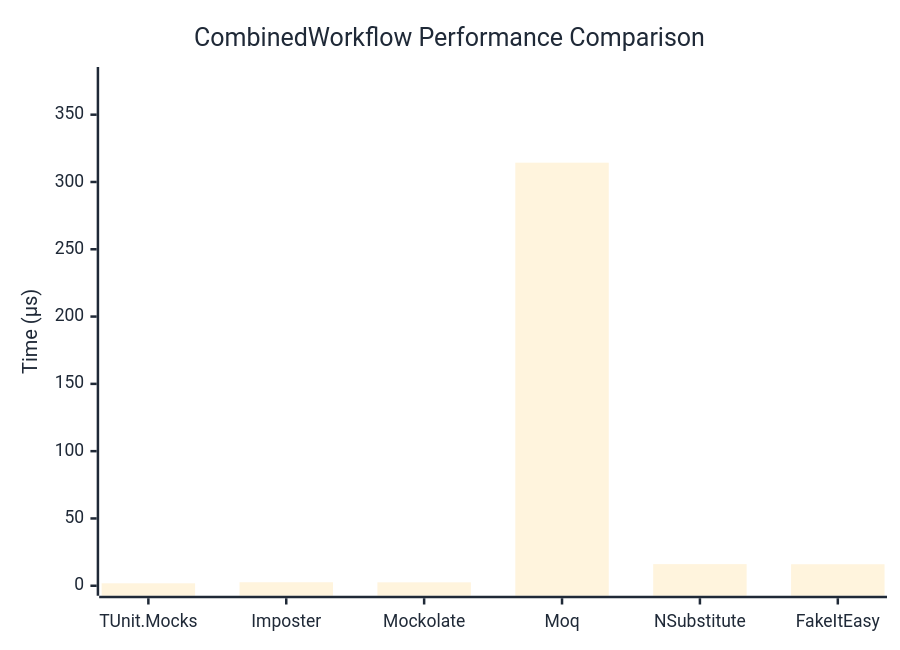
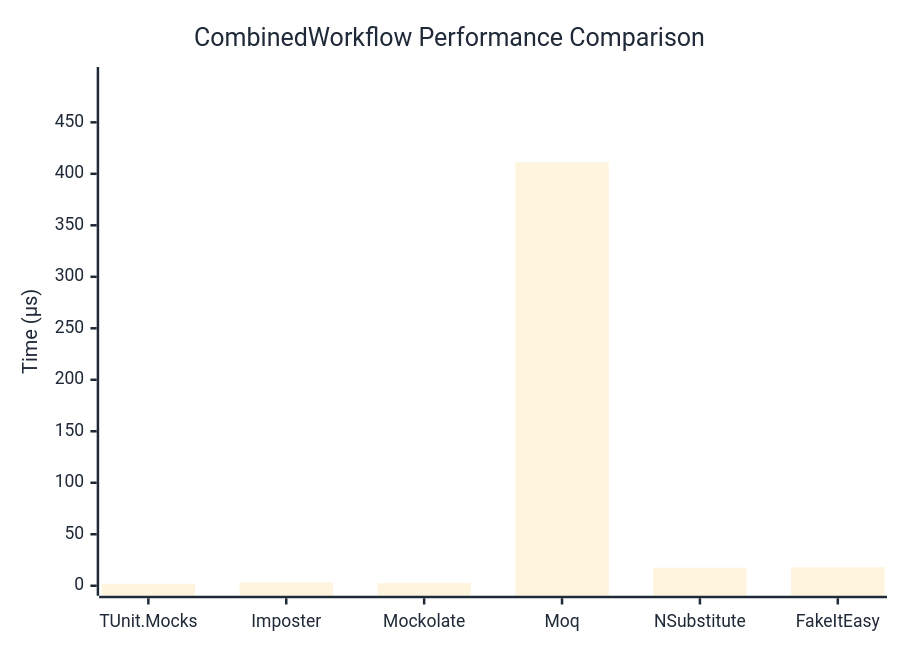
Before and after one commit to thomhurst/TUnit: the diagram in docs/docs/benchmarks/mocks/CombinedWorkflow.md, drawn with Mermaid. The commit also changed other lines of this file and 14 other files, not shown here.

````diff
--- a/docs/docs/benchmarks/mocks/CombinedWorkflow.md
+++ b/docs/docs/benchmarks/mocks/CombinedWorkflow.md
@@ -28,27 +28,27 @@
 ```mermaid
 %%{init: {
   'theme':'base',
   'themeVariables': {
     'primaryColor': '#2563eb',
     'primaryTextColor': '#1f2937',
     'primaryBorderColor': '#1e40af',
     'lineColor': '#6b7280',
     'secondaryColor': '#7c3aed',
     'tertiaryColor': '#dc2626',
     'background': '#ffffff',
     'pie1': '#2563eb',
     'pie2': '#7c3aed',
     'pie3': '#dc2626',
     'pie4': '#f59e0b',
     'pie5': '#10b981',
     'pie6': '#06b6d4',
     'pie7': '#ec4899',
     'pie8': '#6366f1'
   }
 }}%%
 xychart-beta
   title "CombinedWorkflow Performance Comparison"
   x-axis ["TUnit.Mocks", "Imposter", "Mockolate", "Moq", "NSubstitute", "FakeItEasy"]
-  y-axis "Time (μs)" 0 --> 378
-  bar [1.825, 2.609, 2.545, 314.342, 16.053, 15.982]
+  y-axis "Time (μs)" 0 --> 494
+  bar [1.999, 3.223, 2.685, 411.255, 17.521, 18.031]
 ```
````
